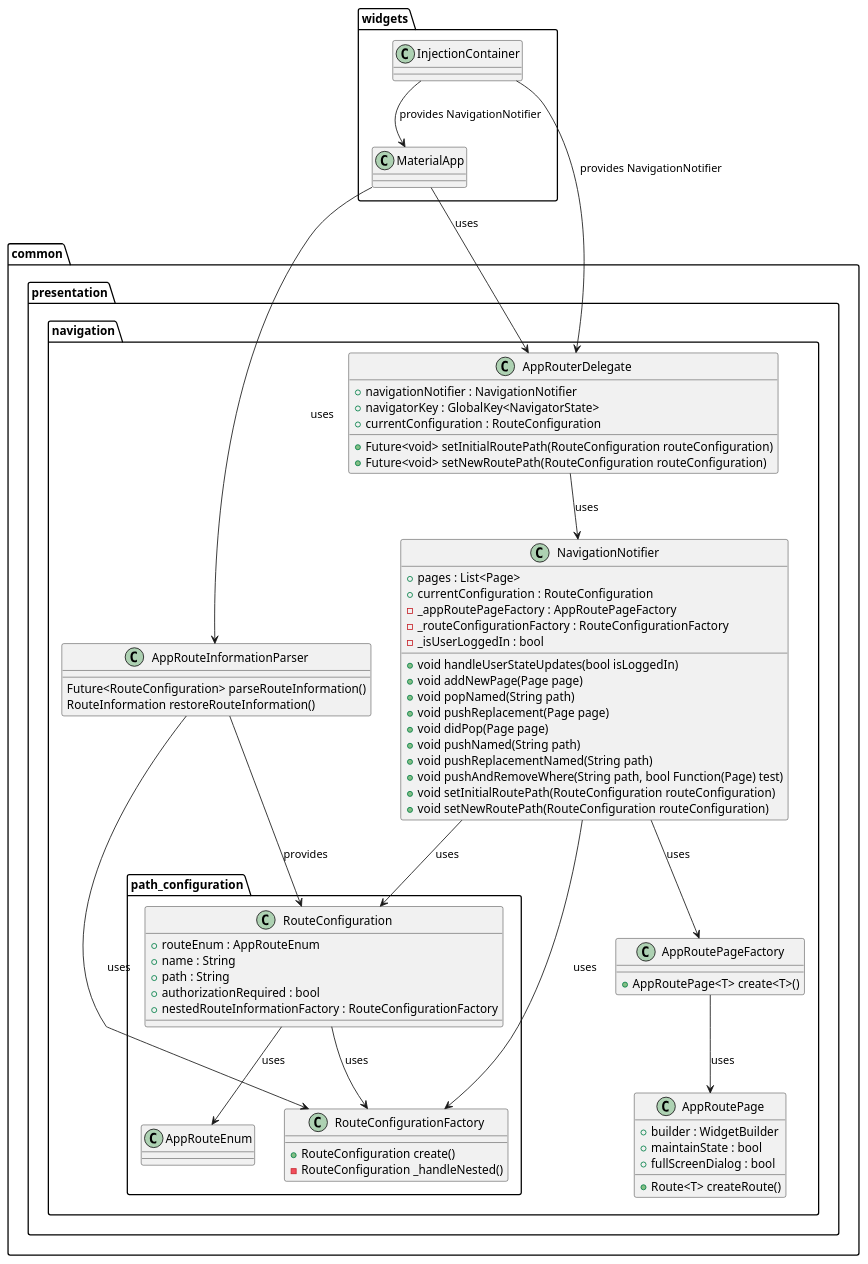
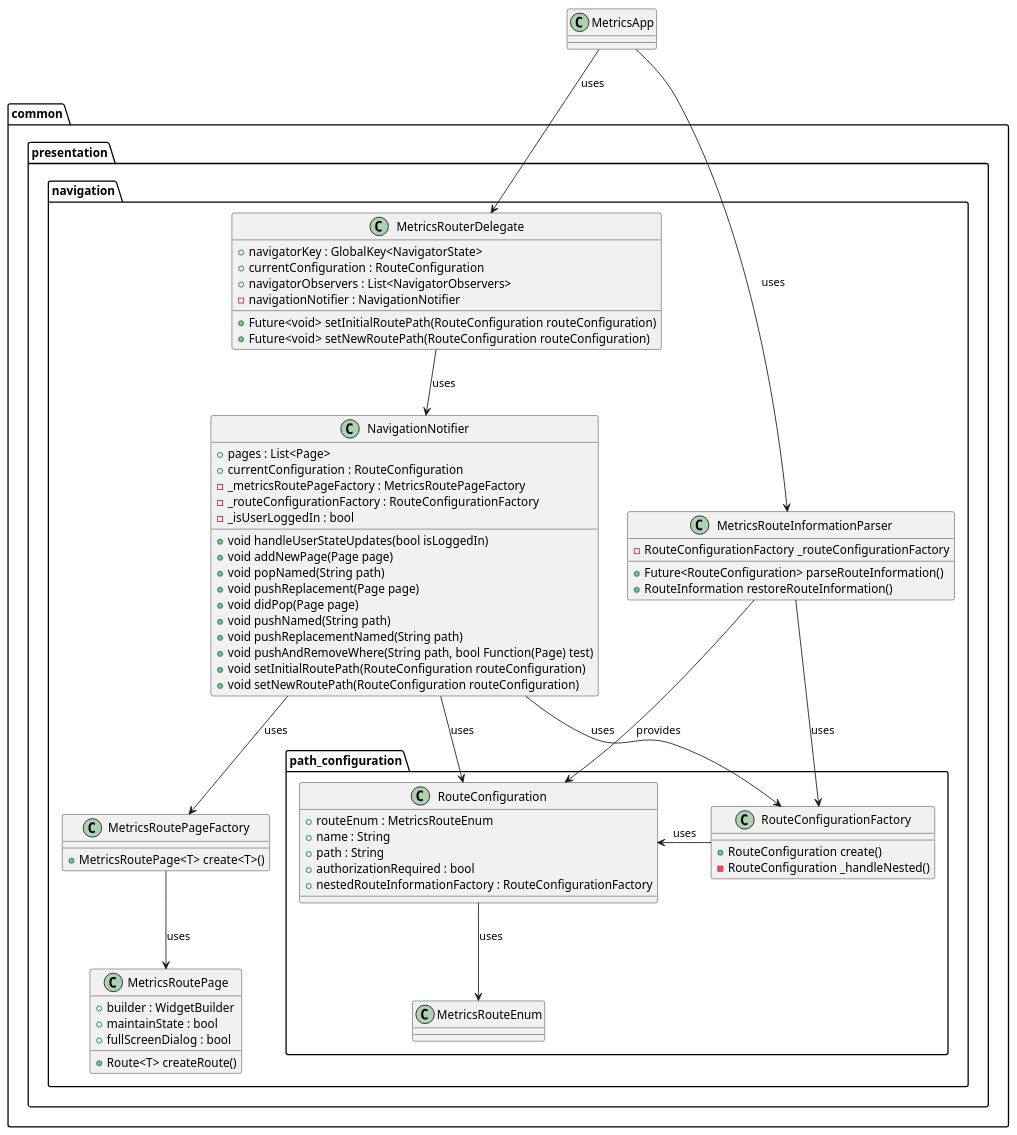
The diagram in metrics/web/docs/features/navigation/diagrams/navigation_class_diagram.puml (Flank/flank-dashboard), drawn with PlantUML before and after one commit.

Commit message:
Fix class diagram

```diff
--- a/metrics/web/docs/features/navigation/diagrams/navigation_class_diagram.puml
+++ b/metrics/web/docs/features/navigation/diagrams/navigation_class_diagram.puml
@@ -1,76 +1,72 @@
-@startuml
-package widgets {
-    class InjectionContainer {}
+@startuml navigation_class_diagram
 
-    class MaterialApp {}
-}
+class MetricsApp {}
 
 package common.presentation.navigation {
-        package path_configuration{
-            class RouteConfiguration{
-               + routeEnum : AppRouteEnum
+        package path_configuration {
+            class RouteConfiguration {
+               + routeEnum : MetricsRouteEnum
                + name : String
                + path : String
                + authorizationRequired : bool
                + nestedRouteInformationFactory : RouteConfigurationFactory
             }
-           class AppRouteEnum{}
-           class RouteConfigurationFactory{
+            class MetricsRouteEnum {}
+            class RouteConfigurationFactory {
                + RouteConfiguration create()
                - RouteConfiguration _handleNested()
-           }
+            }
         }
-        class AppRouteInformationParser{
-            Future<RouteConfiguration> parseRouteInformation()
-            RouteInformation restoreRouteInformation()
+        class MetricsRouteInformationParser {
+            - RouteConfigurationFactory _routeConfigurationFactory
+            + Future<RouteConfiguration> parseRouteInformation()
+            + RouteInformation restoreRouteInformation()
         }
-        class AppRouterDelegate{
-            + navigationNotifier : NavigationNotifier
+        class MetricsRouterDelegate {
             + navigatorKey : GlobalKey<NavigatorState>
             + currentConfiguration : RouteConfiguration
+            + navigatorObservers : List<NavigatorObservers>
+            - navigationNotifier : NavigationNotifier
             + Future<void> setInitialRoutePath(RouteConfiguration routeConfiguration)
             + Future<void> setNewRoutePath(RouteConfiguration routeConfiguration)
         }
-        class NavigationNotifier{
+        class NavigationNotifier {
             + pages : List<Page> 
             + currentConfiguration : RouteConfiguration
-            - _appRoutePageFactory : AppRoutePageFactory
+            - _metricsRoutePageFactory : MetricsRoutePageFactory
             - _routeConfigurationFactory : RouteConfigurationFactory
             - _isUserLoggedIn : bool
             + void handleUserStateUpdates(bool isLoggedIn)
             + void addNewPage(Page page)
             + void popNamed(String path)
             + void pushReplacement(Page page)
             + void didPop(Page page)
             + void pushNamed(String path)
             + void pushReplacementNamed(String path)
             + void pushAndRemoveWhere(String path, bool Function(Page) test)
             + void setInitialRoutePath(RouteConfiguration routeConfiguration)
             + void setNewRoutePath(RouteConfiguration routeConfiguration)
         }
-        class AppRoutePageFactory{
-            + AppRoutePage<T> create<T>()
+        class MetricsRoutePageFactory{
+            + MetricsRoutePage<T> create<T>()
         }
-      
-        class AppRoutePage{
+        class MetricsRoutePage {
             + builder : WidgetBuilder
             + maintainState : bool
             + fullScreenDialog : bool
             + Route<T> createRoute()
         } 
 }
 
-InjectionContainer --> MaterialApp : provides NavigationNotifier
-InjectionContainer --> AppRouterDelegate : provides NavigationNotifier
-MaterialApp --> AppRouteInformationParser :uses
-MaterialApp --> AppRouterDelegate : uses
-AppRouteInformationParser --> RouteConfiguration : provides
-AppRouteInformationParser --> RouteConfigurationFactory : uses
-RouteConfiguration --> AppRouteEnum : uses
-RouteConfiguration --> RouteConfigurationFactory : uses
-AppRouterDelegate --> NavigationNotifier : uses
+MetricsApp --> MetricsRouteInformationParser :uses
+MetricsApp --> MetricsRouterDelegate : uses
+MetricsRouteInformationParser --> RouteConfiguration : provides
+MetricsRouteInformationParser --> RouteConfigurationFactory : uses
+RouteConfiguration --> MetricsRouteEnum : uses
+RouteConfigurationFactory -> RouteConfiguration : uses
+MetricsRouterDelegate --> NavigationNotifier : uses
 NavigationNotifier --> RouteConfigurationFactory : uses
 NavigationNotifier --> RouteConfiguration : uses
-NavigationNotifier --> AppRoutePageFactory : uses
-AppRoutePageFactory --> AppRoutePage : uses
+NavigationNotifier --> MetricsRoutePageFactory : uses
+MetricsRoutePageFactory --> MetricsRoutePage : uses
 @enduml
```
